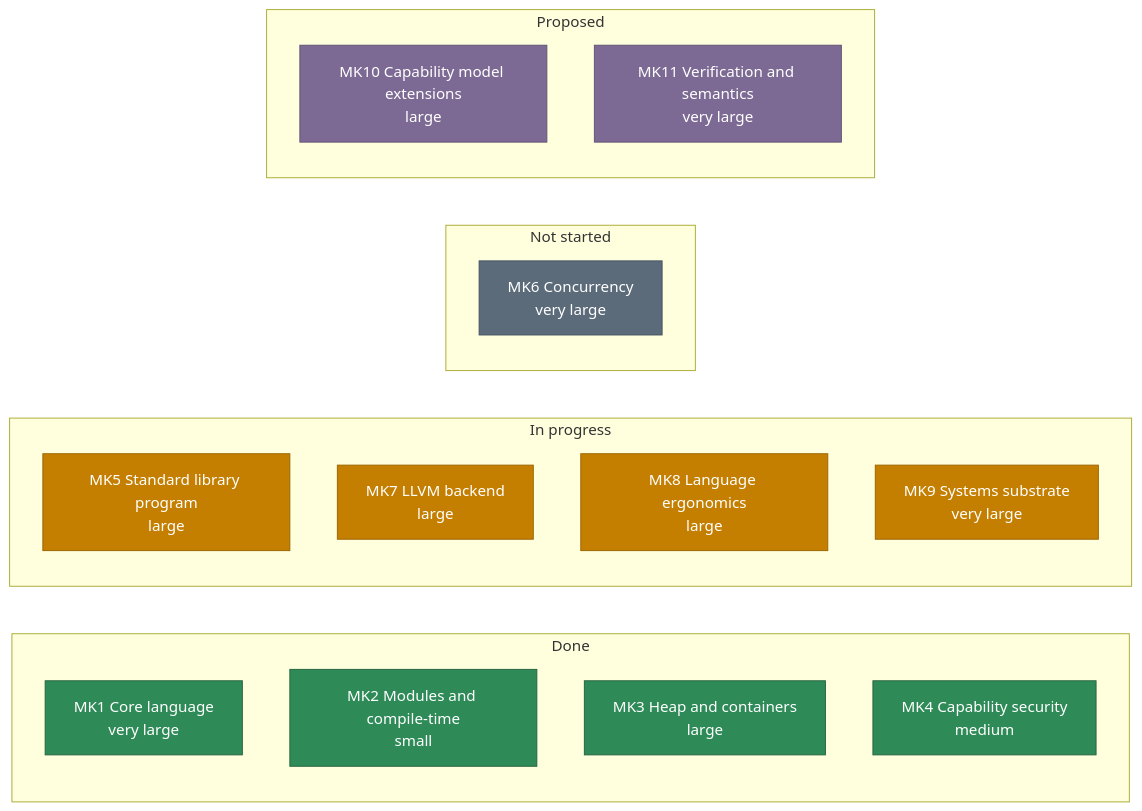
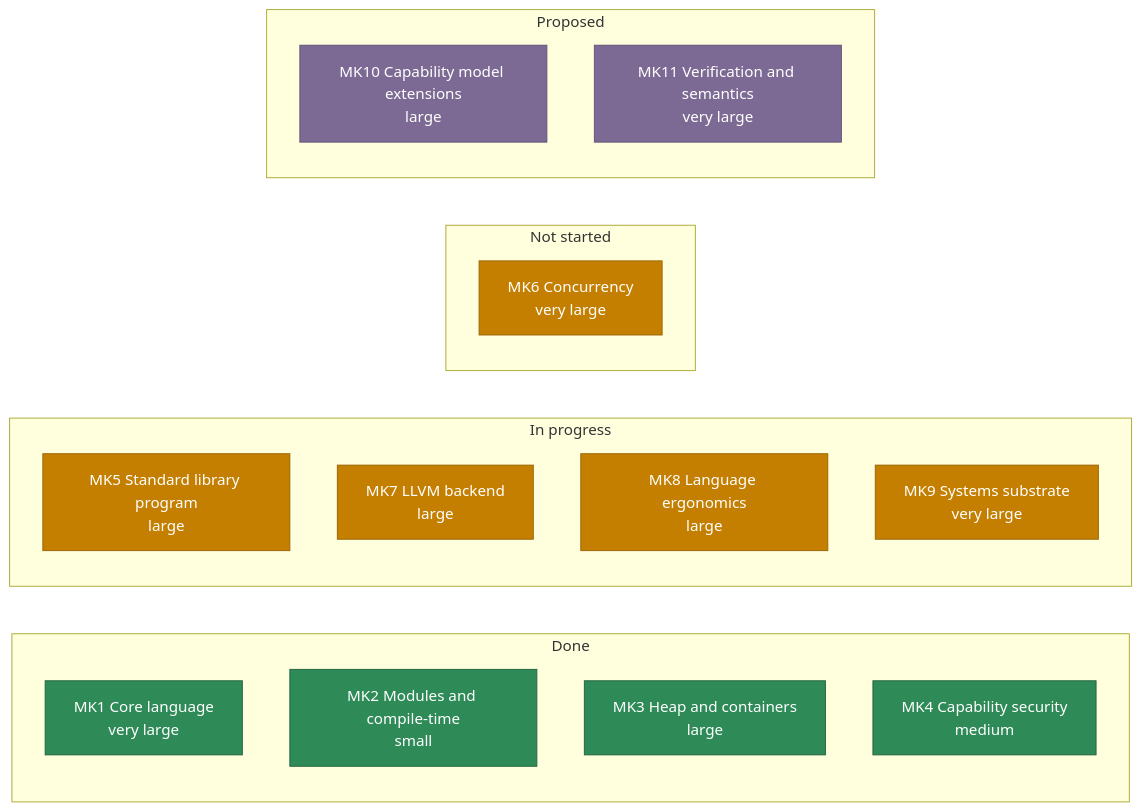
One commit to cinderflaer/kelp-wiki changed the diagram in home.md. Above: the diagram before and after it, drawn with Mermaid. The commit also changed other lines of this file and 3 other files, not shown here.

````diff
--- a/home.md
+++ b/home.md
@@ -83,30 +83,29 @@
 ```mermaid
 flowchart LR
     subgraph done["Done"]
         MK1["MK1 Core language<br/>very large"]
         MK2["MK2 Modules and compile-time<br/>small"]
         MK3["MK3 Heap and containers<br/>large"]
         MK4["MK4 Capability security<br/>medium"]
     end
     subgraph active["In progress"]
         MK5["MK5 Standard library program<br/>large"]
         MK7["MK7 LLVM backend<br/>large"]
         MK8["MK8 Language ergonomics<br/>large"]
         MK9["MK9 Systems substrate<br/>very large"]
     end
     subgraph planned["Not started"]
         MK6["MK6 Concurrency<br/>very large"]
     end
     subgraph proposed["Proposed"]
         MK10["MK10 Capability model extensions<br/>large"]
         MK11["MK11 Verification and semantics<br/>very large"]
     end
     classDef statusDone fill:#2e8b57,color:#ffffff,stroke:#24633f
     classDef statusActive fill:#c47f00,color:#ffffff,stroke:#9a6400
     classDef statusPlanned fill:#5b6b7a,color:#ffffff,stroke:#455260
     classDef statusProposed fill:#7c6a94,color:#ffffff,stroke:#615275
     class MK1,MK2,MK3,MK4 statusDone
-    class MK5,MK7,MK8,MK9 statusActive
-    class MK6 statusPlanned
+    class MK5,MK6,MK7,MK8,MK9 statusActive
     class MK10,MK11 statusProposed
 ```
````
